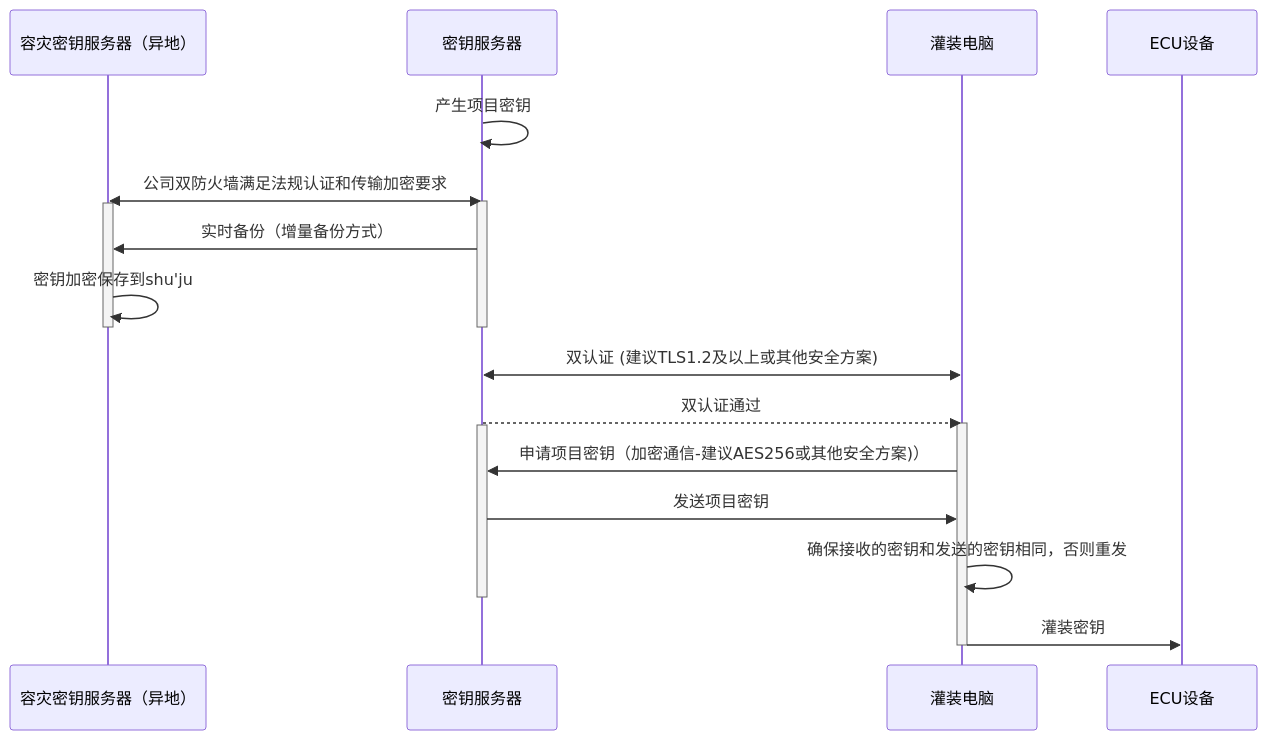
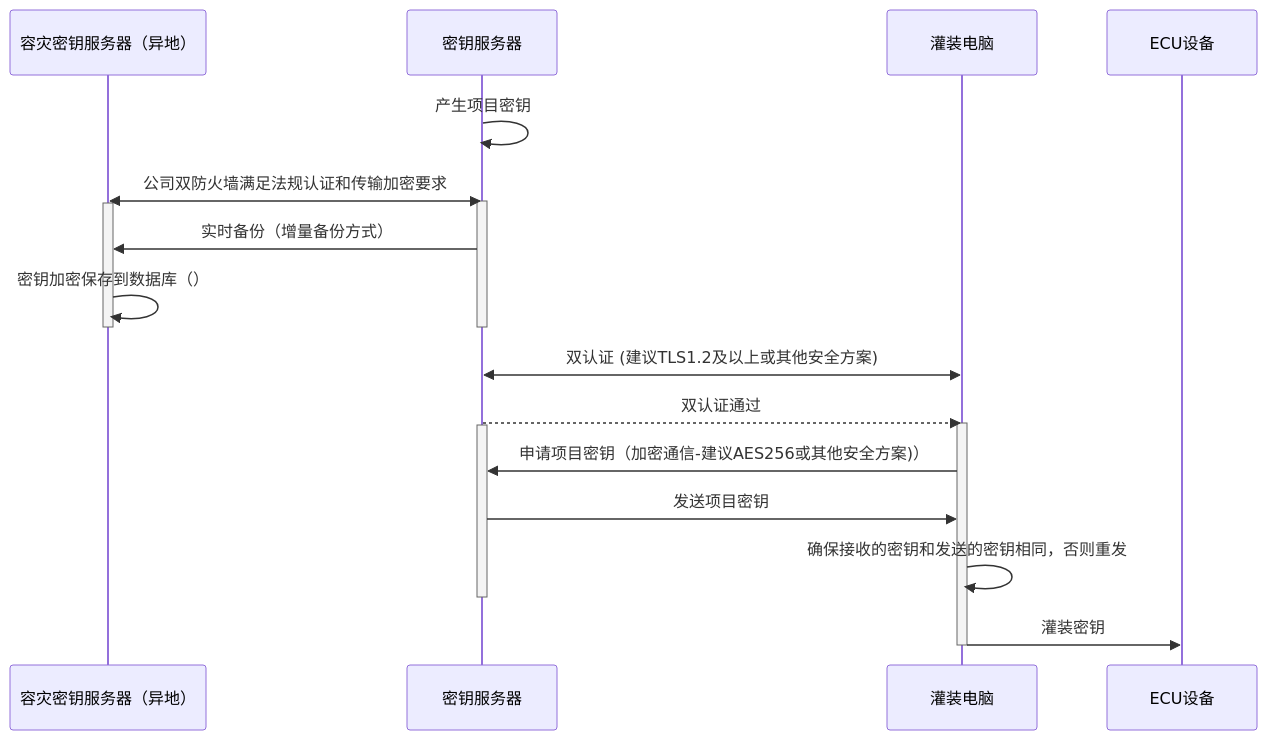
Before and after one commit to facebook-cloud/iodraw-files: the diagram in all/未命名-15.md, drawn with Mermaid.

Commit message:
2026-02-07 09:51:11 update

````diff
--- a/all/未命名-15.md
+++ b/all/未命名-15.md
@@ -1,29 +1,29 @@
 ```mermaid
 sequenceDiagram
     participant B as 容灾密钥服务器（异地）
     participant A as 密钥服务器
     participant C as 灌装电脑
     participant D as ECU设备
 
     A->>A: 产生项目密钥
     A<<->>B: 公司双防火墙满足法规认证和传输加密要求
     activate A
     activate B
     A->>B: 实时备份（增量备份方式）
-    B->>B: 密钥加密保存到shu'ju
+    B->>B: 密钥加密保存到数据库（）
     deactivate B
     deactivate A
 
     C<<->>A: 双认证 (建议TLS1.2及以上或其他安全方案)
     A-->>C: 双认证通过
     activate C
     activate A
     C->>A: 申请项目密钥（加密通信-建议AES256或其他安全方案)）
     A->>C: 发送项目密钥
 
     C->>C: 确保接收的密钥和发送的密钥相同，否则重发
     deactivate A
     C->>D: 灌装密钥
     deactivate C
 
 ```
````
